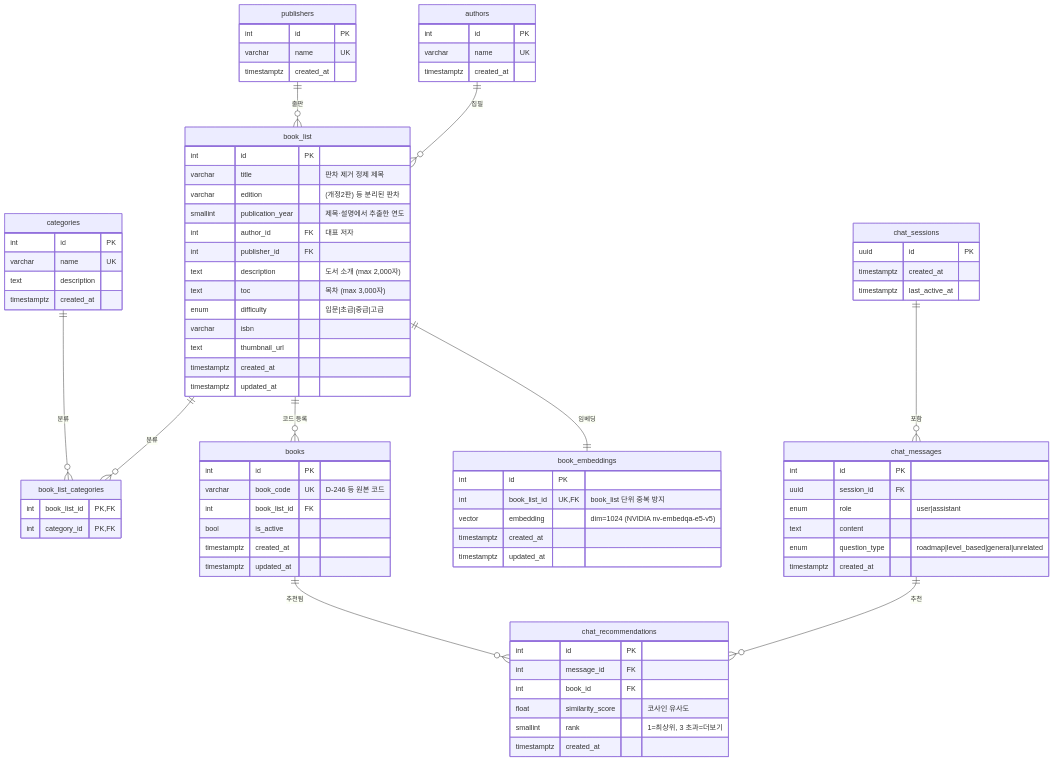
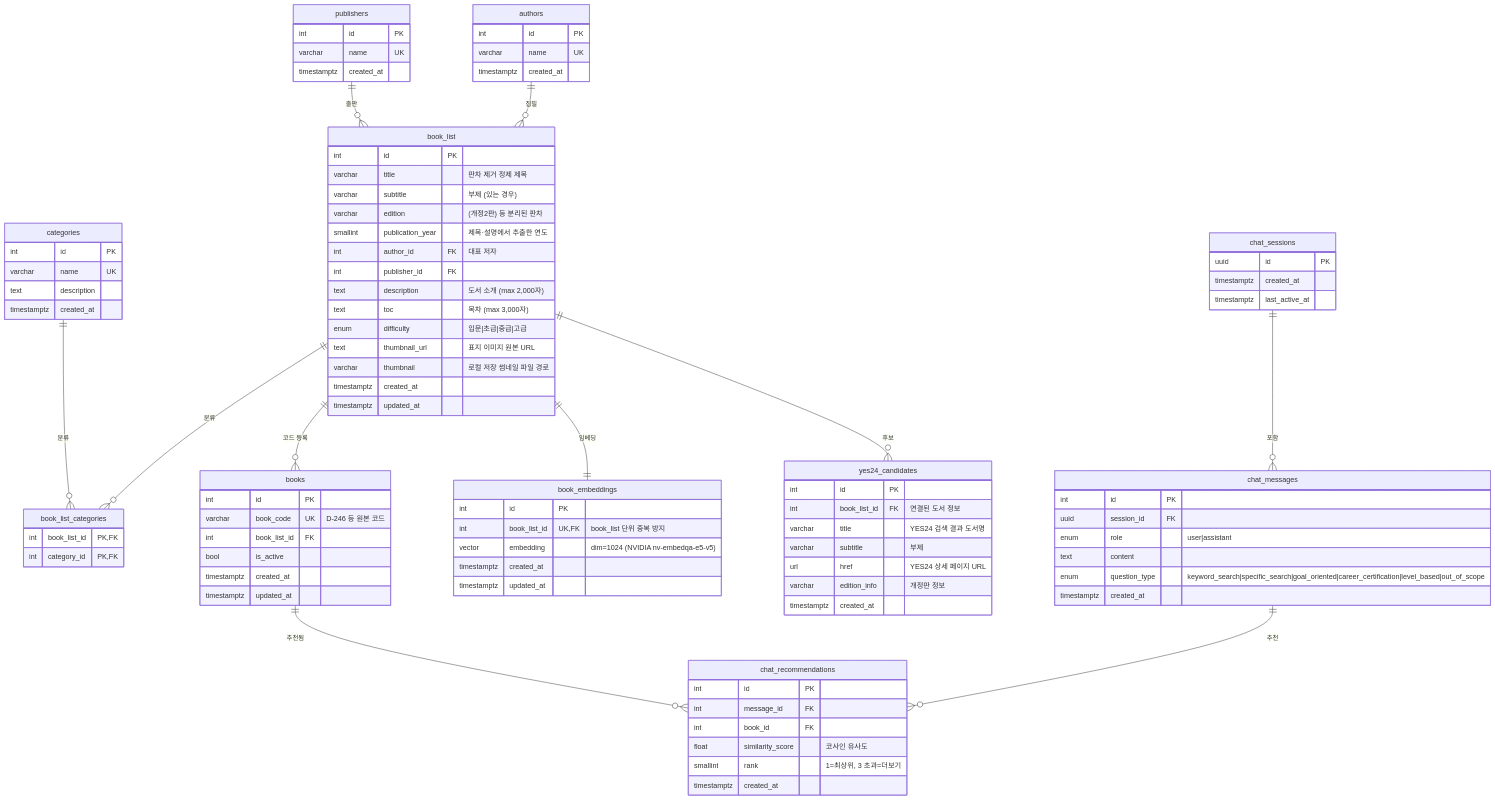
The diagram in docs/erd.md (khs980714/READ-ME), drawn with Mermaid before and after one commit. The commit also changed other lines of this file and 5 other files, not shown here.

First line of the commit message:
docs: 시스템 아키텍처 문서 신규 추가 및 ERD·Schema·Chain·API 현행화

```diff
--- a/docs/erd.md
+++ b/docs/erd.md
@@ -30,6 +30,7 @@
     book_list {
         int      id                  PK
         varchar  title                   "판차 제거 정제 제목"
+        varchar  subtitle                "부제 (있는 경우)"
         varchar  edition                 "(개정2판) 등 분리된 판차"
         smallint publication_year        "제목·설명에서 추출한 연도"
         int      author_id          FK   "대표 저자"
@@ -37,8 +38,8 @@
         text     description             "도서 소개 (max 2,000자)"
         text     toc                     "목차 (max 3,000자)"
         enum     difficulty              "입문|초급|중급|고급"
-        varchar  isbn
-        text     thumbnail_url
+        text     thumbnail_url           "표지 이미지 원본 URL"
+        varchar  thumbnail               "로컬 저장 썸네일 파일 경로"
         timestamptz created_at
         timestamptz updated_at
     }
@@ -60,9 +61,19 @@
     book_embeddings {
         int     id              PK
         int     book_list_id    UK,FK  "book_list 단위 중복 방지"
-        vector  embedding           "dim=1024 (NVIDIA nv-embedqa-e5-v5)"
+        vector  embedding              "dim=1024 (NVIDIA nv-embedqa-e5-v5)"
         timestamptz created_at
         timestamptz updated_at
+    }
+
+    yes24_candidates {
+        int     id              PK
+        int     book_list_id    FK     "연결된 도서 정보"
+        varchar title                  "YES24 검색 결과 도서명"
+        varchar subtitle               "부제"
+        url     href                   "YES24 상세 페이지 URL"
+        varchar edition_info           "개정판 정보"
+        timestamptz created_at
     }
 
     %% ── 챗봇 도메인 ──────────────────────────────────────────
@@ -78,7 +89,7 @@
         uuid    session_id      FK
         enum    role                "user|assistant"
         text    content
-        enum    question_type       "roadmap|level_based|general|unrelated"
+        enum    question_type       "keyword_search|specific_search|goal_oriented|career_certification|level_based|out_of_scope"
         timestamptz created_at
     }
 
@@ -99,6 +110,7 @@
     categories      ||--o{ book_list_categories : "분류"
     book_list       ||--o{ books               : "코드 등록"
     book_list       ||--|| book_embeddings      : "임베딩"
+    book_list       ||--o{ yes24_candidates    : "후보"
     chat_sessions   ||--o{ chat_messages        : "포함"
     chat_messages   ||--o{ chat_recommendations : "추천"
     books           ||--o{ chat_recommendations : "추천됨"
```
